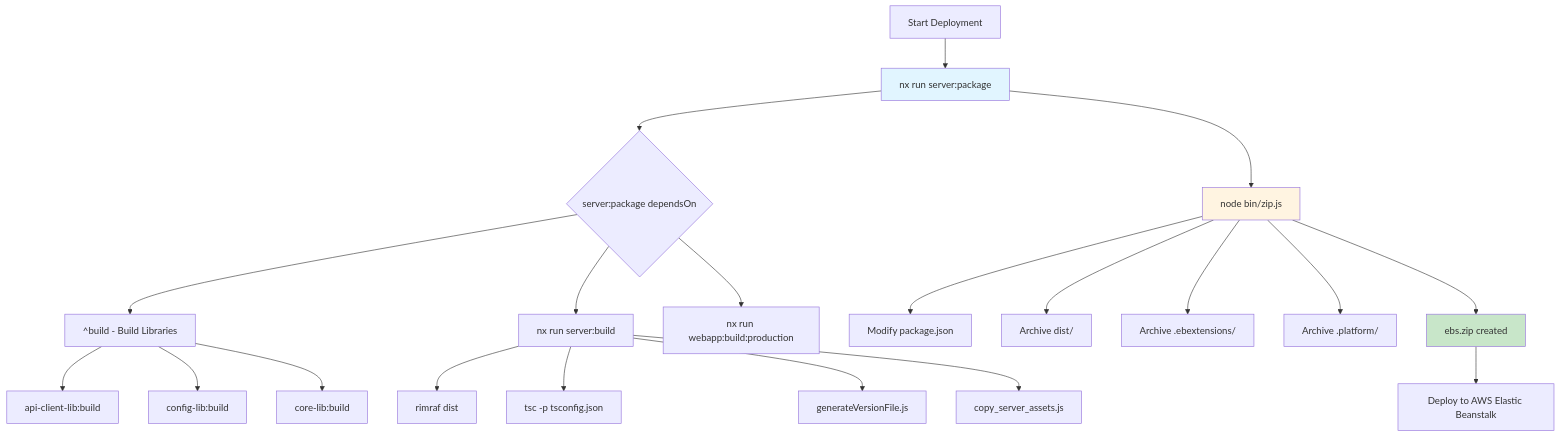
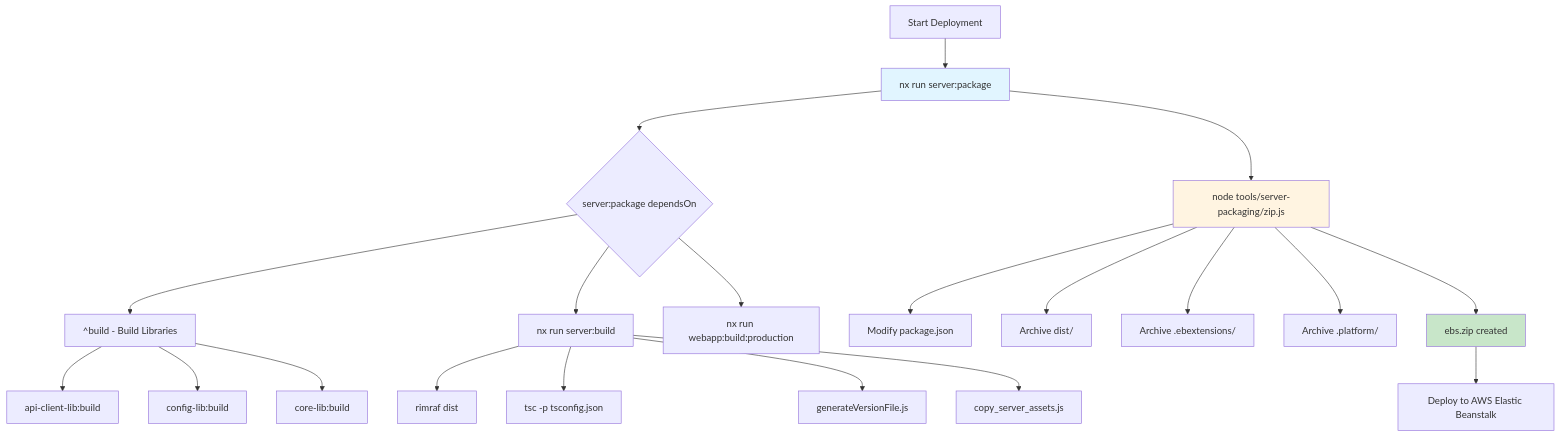
Before and after one commit to wireapp/wire-webapp: the third of 4 diagrams in docs/nx-monorepo-integration-overview.md, drawn with Mermaid. The commit also changed other lines of this file and 17 other files, not shown here.

````diff
--- a/docs/nx-monorepo-integration-overview.md
+++ b/docs/nx-monorepo-integration-overview.md
@@ -727,26 +728,26 @@
 ```mermaid
 graph TD
     A[Start Deployment] --> B[nx run server:package]
     B --> C{server:package dependsOn}
     C --> D[^build - Build Libraries]
     D --> D1[api-client-lib:build]
     D --> D2[config-lib:build]
     D --> D3[core-lib:build]
     C --> E[nx run server:build]
     E --> E1[rimraf dist]
     E --> E2[tsc -p tsconfig.json]
     E --> E3[generateVersionFile.js]
     E --> E4[copy_server_assets.js]
     C --> F[nx run webapp:build:production]
-    B --> G[node bin/zip.js]
+    B --> G[node tools/server-packaging/zip.js]
     G --> G1[Modify package.json]
     G --> G2[Archive dist/]
     G --> G3[Archive .ebextensions/]
     G --> G4[Archive .platform/]
     G --> H[ebs.zip created]
     H --> I[Deploy to AWS Elastic Beanstalk]
 
     style B fill:#e1f5ff
     style G fill:#fff4e1
     style H fill:#c8e6c9
 ```
````
